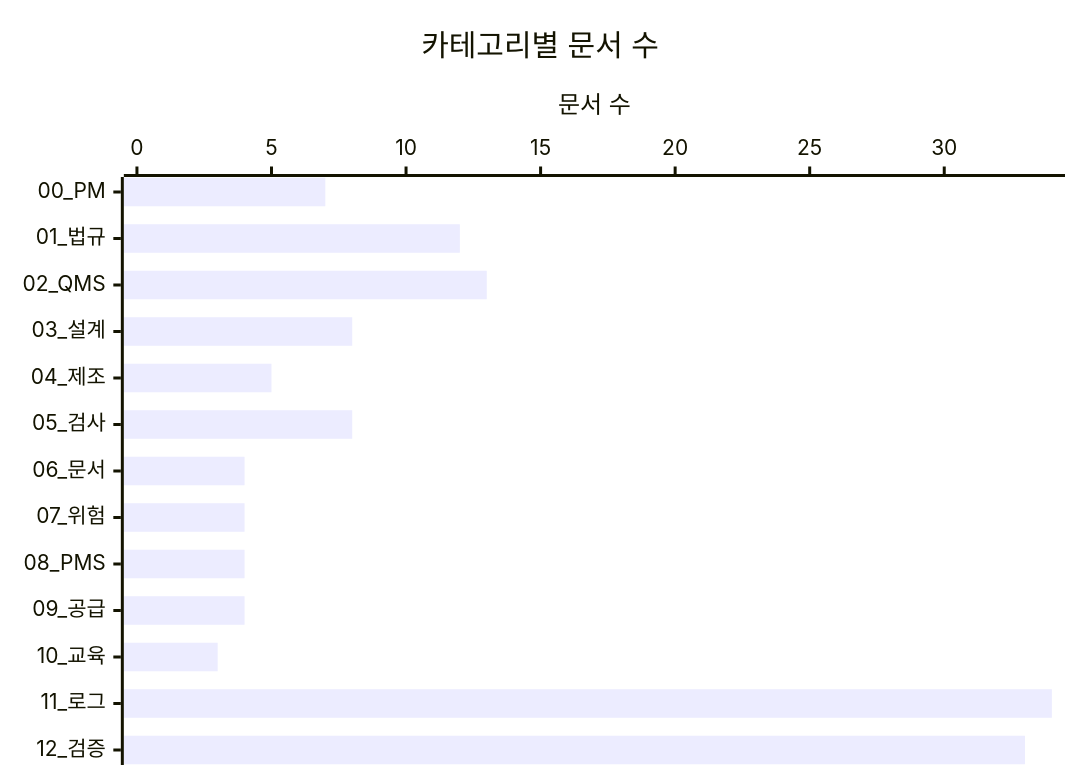
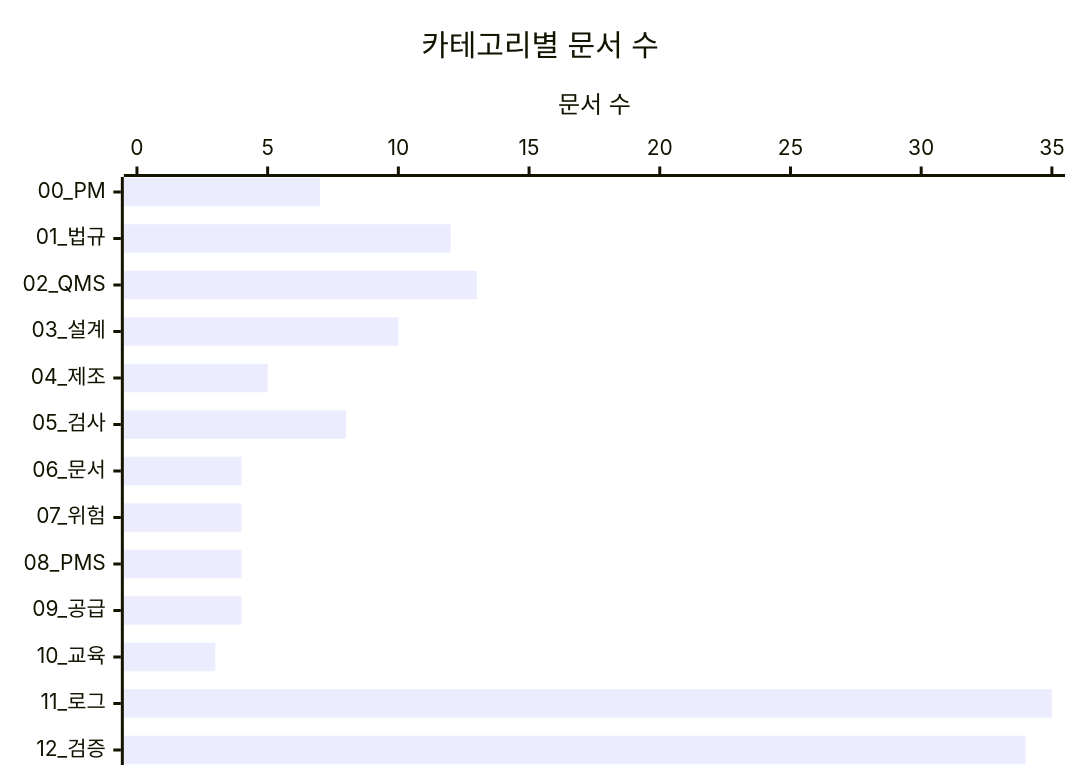
Before and after one commit to holee9/MD-process: the second of 4 diagrams in README.md, drawn with Mermaid. The commit also changed other lines of this file, not shown here.

````diff
--- a/README.md
+++ b/README.md
@@ -98,8 +98,8 @@
 ```mermaid
 %%{init: {"theme":"default"}}%%
 xychart-beta horizontal
     title "카테고리별 문서 수"
     x-axis ["00_PM","01_법규","02_QMS","03_설계","04_제조","05_검사","06_문서","07_위험","08_PMS","09_공급","10_교육","11_로그","12_검증"]
-    y-axis "문서 수" 0 --> 34
-    bar [7,12,13,8,5,8,4,4,4,4,3,34,33]
+    y-axis "문서 수" 0 --> 35
+    bar [7,12,13,10,5,8,4,4,4,4,3,35,34]
 ```
````
